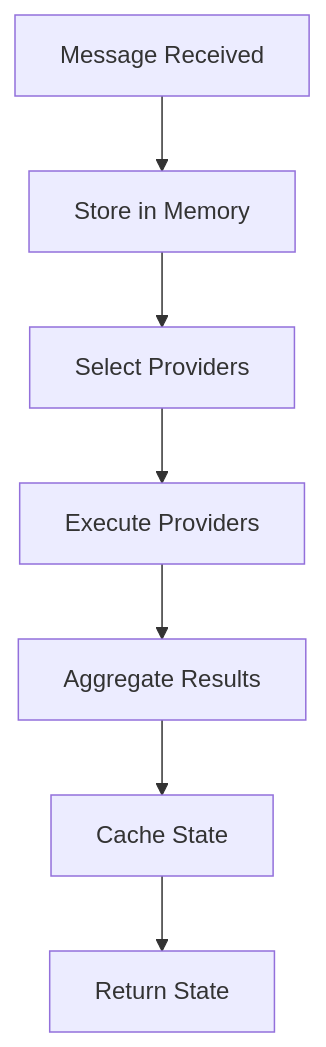
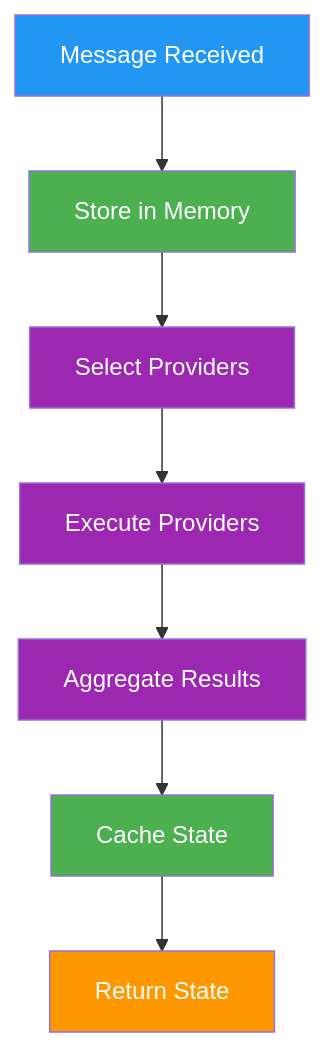
Before and after one commit to elizaOS/docs: the diagram in runtime/memory.mdx, drawn with Mermaid. The commit also changed 10 other files, not shown here.

Commit message:
improve mermaids

````diff
--- a/runtime/memory.mdx
+++ b/runtime/memory.mdx
@@ -67,9 +67,19 @@
 ```mermaid
-graph TD
+flowchart TD
     Message[Message Received] --> Store[Store in Memory]
     Store --> Select[Select Providers]
     Select --> Execute[Execute Providers]
     Execute --> Aggregate[Aggregate Results]
     Aggregate --> Cache[Cache State]
     Cache --> Return[Return State]
+    
+    classDef input fill:#2196f3,color:#fff
+    classDef storage fill:#4caf50,color:#fff
+    classDef processing fill:#9c27b0,color:#fff
+    classDef output fill:#ff9800,color:#fff
+    
+    class Message input
+    class Store,Cache storage
+    class Select,Execute,Aggregate processing
+    class Return output
 ```
````
